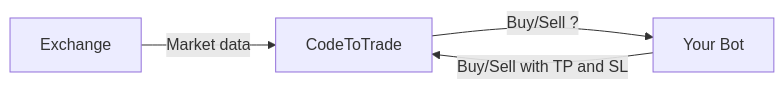
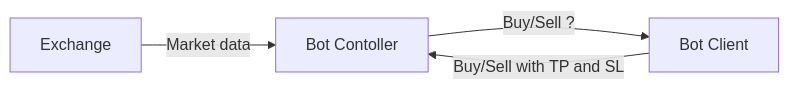
One commit to truongnhukhang/codetotrade-docs changed the diagram in docs/index.md. Above: the diagram before and after it, drawn with Mermaid. The commit also changed other lines of this file, not shown here.

````diff
--- a/docs/index.md
+++ b/docs/index.md
@@ -10,6 +10,6 @@
 ``` mermaid
 graph LR
-  E[Exchange] -->|Market data| C[CodeToTrade];
-  C --> |Buy/Sell ?| B[Your Bot];
+  E[Exchange] -->|Market data| C[Bot Contoller];
+  C --> |Buy/Sell ?| B[Bot Client];
   B --> |Buy/Sell with TP and SL| C;
 ```
````
